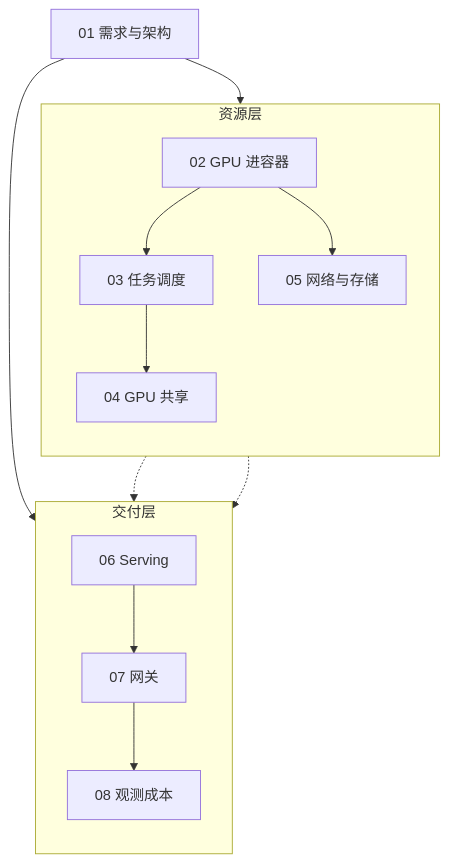
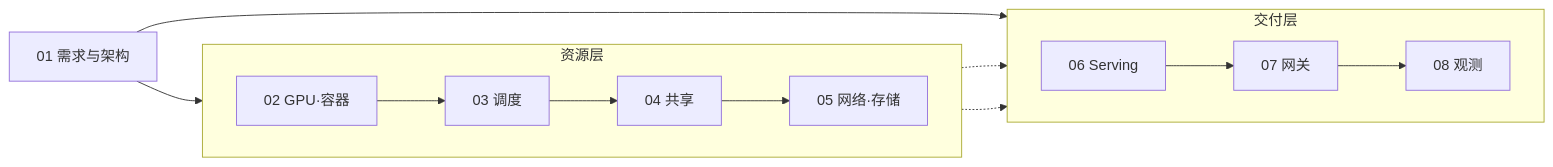
The diagram in slides/2026-09-22-ai-platform-engineering.md (arganzheng/arganzheng.github.com), drawn with Mermaid before and after one commit. The commit also changed other lines of this file, not shown here.

````diff
--- a/slides/2026-09-22-ai-platform-engineering.md
+++ b/slides/2026-09-22-ai-platform-engineering.md
@@ -35,17 +35,16 @@
 ```mermaid
 %%{init: {"flowchart": {"wrappingWidth": 160}}}%%
-flowchart TB
+flowchart LR
     P1["01 需求与架构"]
     subgraph RES["资源层"]
-        direction TB
-        P2["02 GPU 进容器"] --> P3["03 任务调度"] --> P4["04 GPU 共享"]
-        P2 --> P5["05 网络与存储"]
+        direction LR
+        P2["02 GPU·容器"] --> P3["03 调度"] --> P4["04 共享"] --> P5["05 网络·存储"]
     end
     subgraph DEL["交付层"]
-        direction TB
-        P6["06 Serving"] --> P7["07 网关"] --> P8["08 观测成本"]
+        direction LR
+        P6["06 Serving"] --> P7["07 网关"] --> P8["08 观测"]
     end
     P1 --> P2
     P1 --> P6
     P4 & P5 -.-> P6
 ```
````
